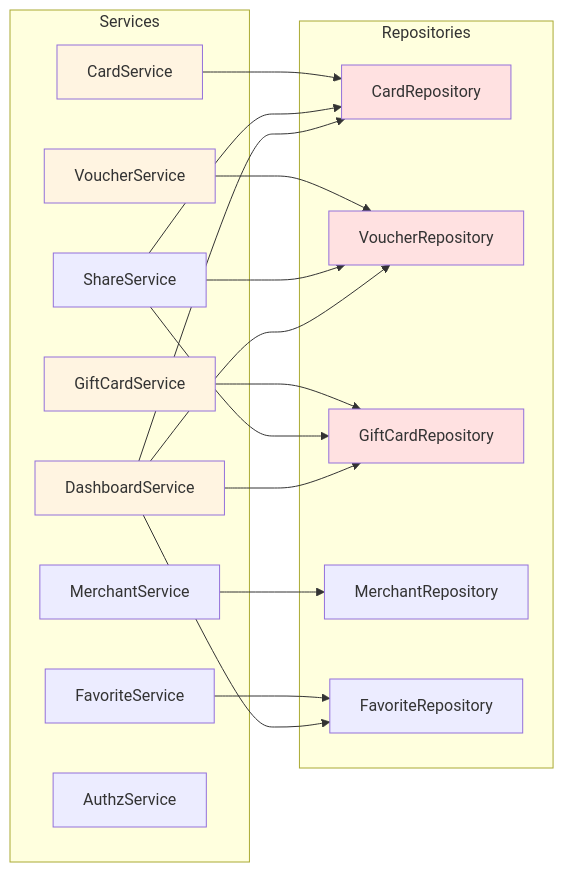
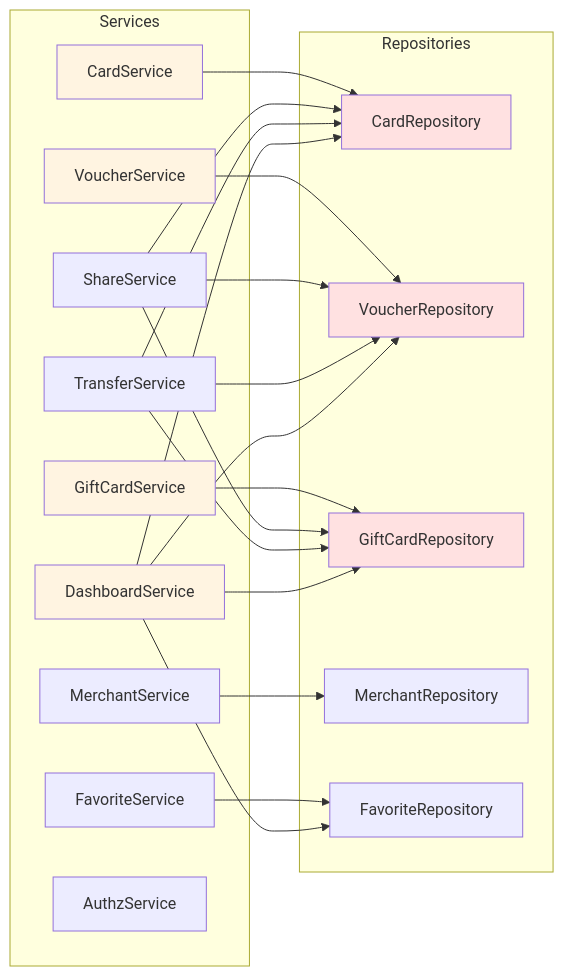
The fifth of 20 diagrams in ARCHITECTURE.md (sbaerlocher/savvy), drawn with Mermaid before and after one commit. The commit also changed other lines of this file and 7 other files, not shown here.

````diff
--- a/ARCHITECTURE.md
+++ b/ARCHITECTURE.md
@@ -260,42 +260,46 @@
 ```mermaid
 graph LR
     subgraph "Services"
         CS[CardService]
         VS[VoucherService]
         GS[GiftCardService]
         MS[MerchantService]
         SS[ShareService]
+        TS[TransferService]
         FS[FavoriteService]
         DS[DashboardService]
         AS[AuthzService]
     end
 
     subgraph "Repositories"
         CR[CardRepository]
         VR[VoucherRepository]
         GR[GiftCardRepository]
         MR[MerchantRepository]
         FR[FavoriteRepository]
     end
 
     CS --> CR
     VS --> VR
     GS --> GR
     MS --> MR
     SS --> CR
     SS --> VR
     SS --> GR
+    TS --> CR
+    TS --> VR
+    TS --> GR
     FS --> FR
     DS --> CR
     DS --> VR
     DS --> GR
     DS --> FR
 
     style CS fill:#fff4e1
     style VS fill:#fff4e1
     style GS fill:#fff4e1
     style DS fill:#fff4e1
     style CR fill:#ffe1e1
     style VR fill:#ffe1e1
     style GR fill:#ffe1e1
 ```
````
